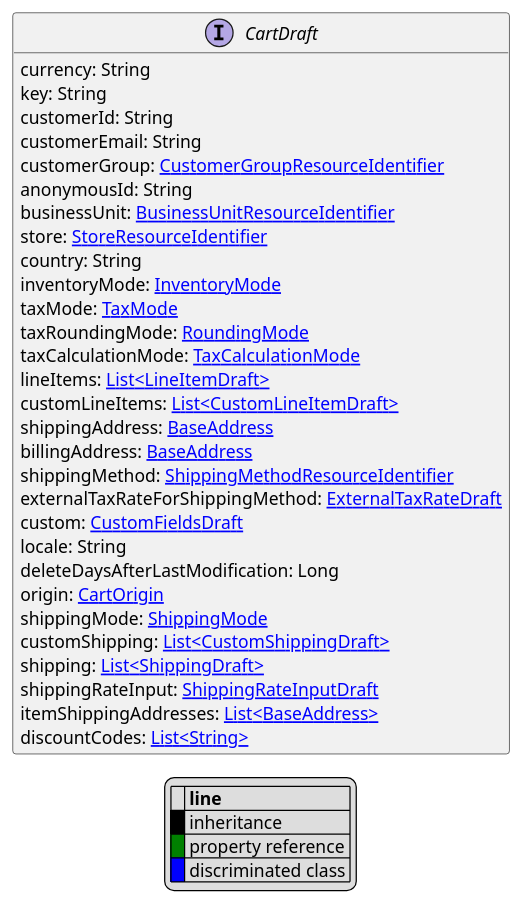
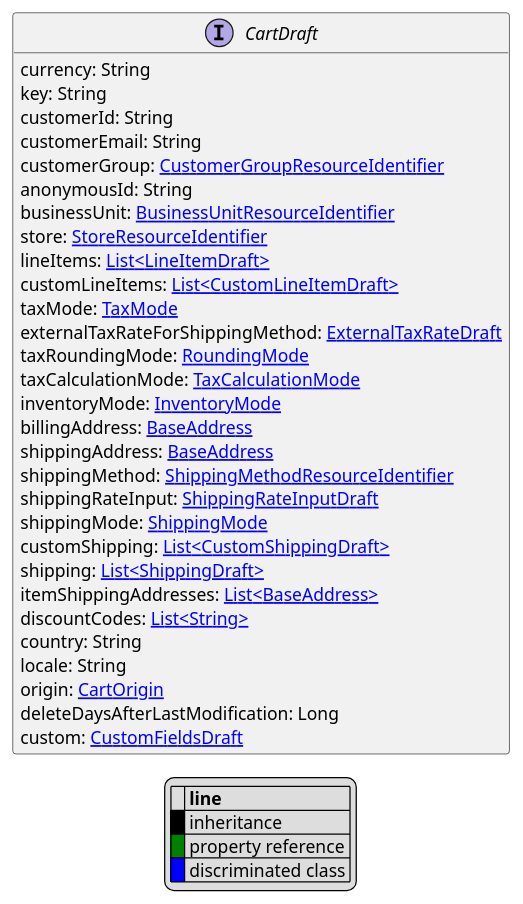
One commit to commercetools/commercetools-api-reference changed the diagram in uml/api/CartDraft.puml. Above: the diagram before and after it, drawn with PlantUML. The commit also changed other lines of this file and 195 other files, not shown here.

```diff
--- a/uml/api/CartDraft.puml
+++ b/uml/api/CartDraft.puml
@@ -1,48 +1,48 @@
 @startuml
 
 hide empty fields
 hide empty methods
 legend
 |= |= line |
 |<back:black>   </back>| inheritance |
 |<back:green>   </back>| property reference |
 |<back:blue>   </back>| discriminated class |
 endlegend
 interface CartDraft [[CartDraft.svg]]  {
     currency: String
     key: String
     customerId: String
     customerEmail: String
     customerGroup: [[CustomerGroupResourceIdentifier.svg CustomerGroupResourceIdentifier]]
     anonymousId: String
     businessUnit: [[BusinessUnitResourceIdentifier.svg BusinessUnitResourceIdentifier]]
     store: [[StoreResourceIdentifier.svg StoreResourceIdentifier]]
-    country: String
-    inventoryMode: [[InventoryMode.svg InventoryMode]]
+    lineItems: [[LineItemDraft.svg List<LineItemDraft>]]
+    customLineItems: [[CustomLineItemDraft.svg List<CustomLineItemDraft>]]
     taxMode: [[TaxMode.svg TaxMode]]
+    externalTaxRateForShippingMethod: [[ExternalTaxRateDraft.svg ExternalTaxRateDraft]]
     taxRoundingMode: [[RoundingMode.svg RoundingMode]]
     taxCalculationMode: [[TaxCalculationMode.svg TaxCalculationMode]]
-    lineItems: [[LineItemDraft.svg List<LineItemDraft>]]
-    customLineItems: [[CustomLineItemDraft.svg List<CustomLineItemDraft>]]
+    inventoryMode: [[InventoryMode.svg InventoryMode]]
+    billingAddress: [[BaseAddress.svg BaseAddress]]
     shippingAddress: [[BaseAddress.svg BaseAddress]]
-    billingAddress: [[BaseAddress.svg BaseAddress]]
     shippingMethod: [[ShippingMethodResourceIdentifier.svg ShippingMethodResourceIdentifier]]
-    externalTaxRateForShippingMethod: [[ExternalTaxRateDraft.svg ExternalTaxRateDraft]]
-    custom: [[CustomFieldsDraft.svg CustomFieldsDraft]]
-    locale: String
-    deleteDaysAfterLastModification: Long
-    origin: [[CartOrigin.svg CartOrigin]]
+    shippingRateInput: [[ShippingRateInputDraft.svg ShippingRateInputDraft]]
     shippingMode: [[ShippingMode.svg ShippingMode]]
     customShipping: [[CustomShippingDraft.svg List<CustomShippingDraft>]]
     shipping: [[ShippingDraft.svg List<ShippingDraft>]]
-    shippingRateInput: [[ShippingRateInputDraft.svg ShippingRateInputDraft]]
     itemShippingAddresses: [[BaseAddress.svg List<BaseAddress>]]
     discountCodes: [[String.svg List<String>]]
+    country: String
+    locale: String
+    origin: [[CartOrigin.svg CartOrigin]]
+    deleteDaysAfterLastModification: Long
+    custom: [[CustomFieldsDraft.svg CustomFieldsDraft]]
 }
 
 
 
 
 
 
 @enduml
```
